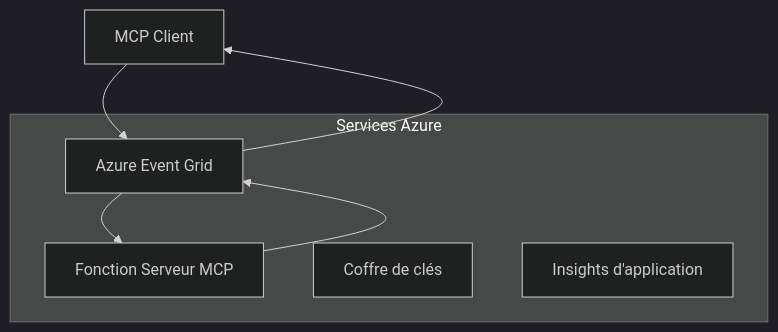
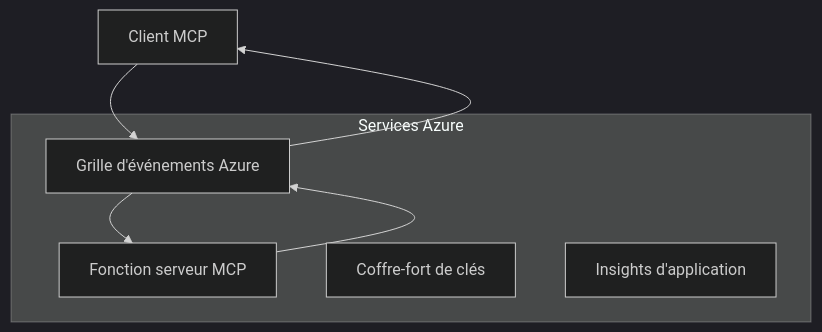
Before and after one commit to HIDORAKAI002/ai-workspace-archive: the first of 2 diagrams in mcp_ecosystem__model_context_protocol/mcp_learning_resources/mcp-for-beginners/translations/fr/05-AdvancedTopics/mcp-transport/README.md, drawn with Mermaid (dark theme). The commit also changed other lines of this file and 1046 other files, not shown here.

````diff
--- a/mcp_ecosystem__model_context_protocol/mcp_learning_resources/mcp-for-beginners/translations/fr/05-AdvancedTopics/mcp-transport/README.md
+++ b/mcp_ecosystem__model_context_protocol/mcp_learning_resources/mcp-for-beginners/translations/fr/05-AdvancedTopics/mcp-transport/README.md
@@ -58,14 +60,14 @@
 ```mermaid
 graph TB
-    Client[MCP Client] --> EG[Azure Event Grid]
-    EG --> Server[Fonction Serveur MCP]
+    Client[Client MCP] --> EG[Grille d'événements Azure]
+    EG --> Server[Fonction serveur MCP]
     Server --> EG
     EG --> Client
     
     subgraph "Services Azure"
         EG
         Server
-        KV[Coffre de clés]
+        KV[Coffre-fort de clés]
         Monitor[Insights d'application]
     end
 ```
````
